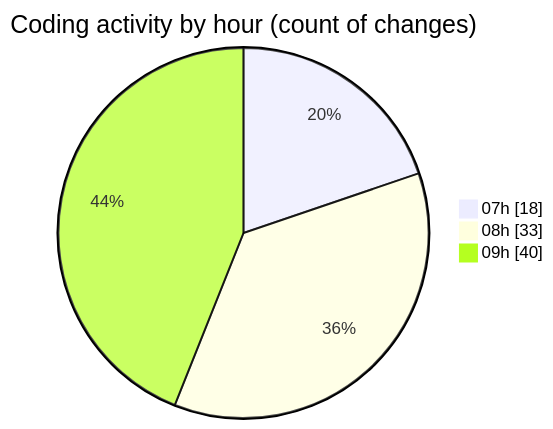
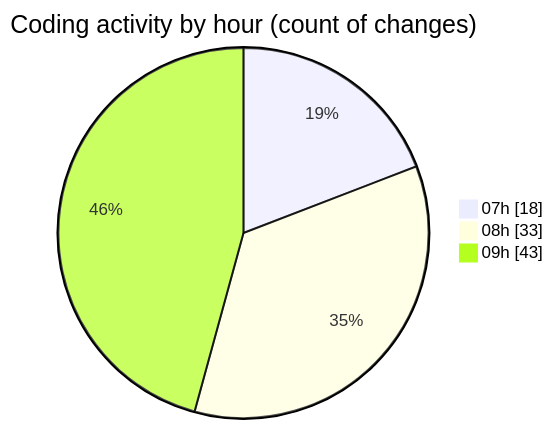
One commit to robertbonfada/code-tracking changed the second of 2 diagrams in 2025-02-03/mbc-web/README.md. Above: the diagram before and after it, drawn with Mermaid. The commit also changed other lines of this file and 1 other file, not shown here.

````diff
--- a/2025-02-03/mbc-web/README.md
+++ b/2025-02-03/mbc-web/README.md
@@ -44,7 +44,7 @@
 ```mermaid
 pie showData
 title Coding activity by hour (count of changes)
 "07h" : 18
 "08h" : 33
-"09h" : 40
+"09h" : 43
 ```
````
